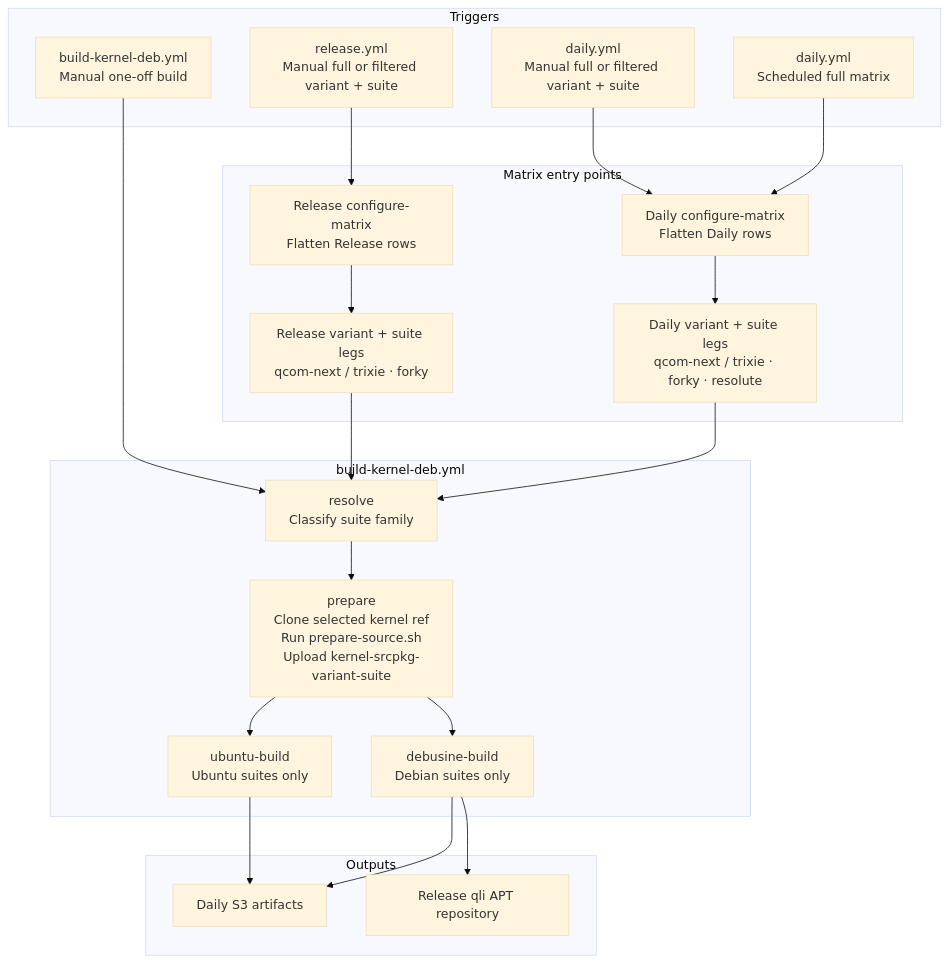
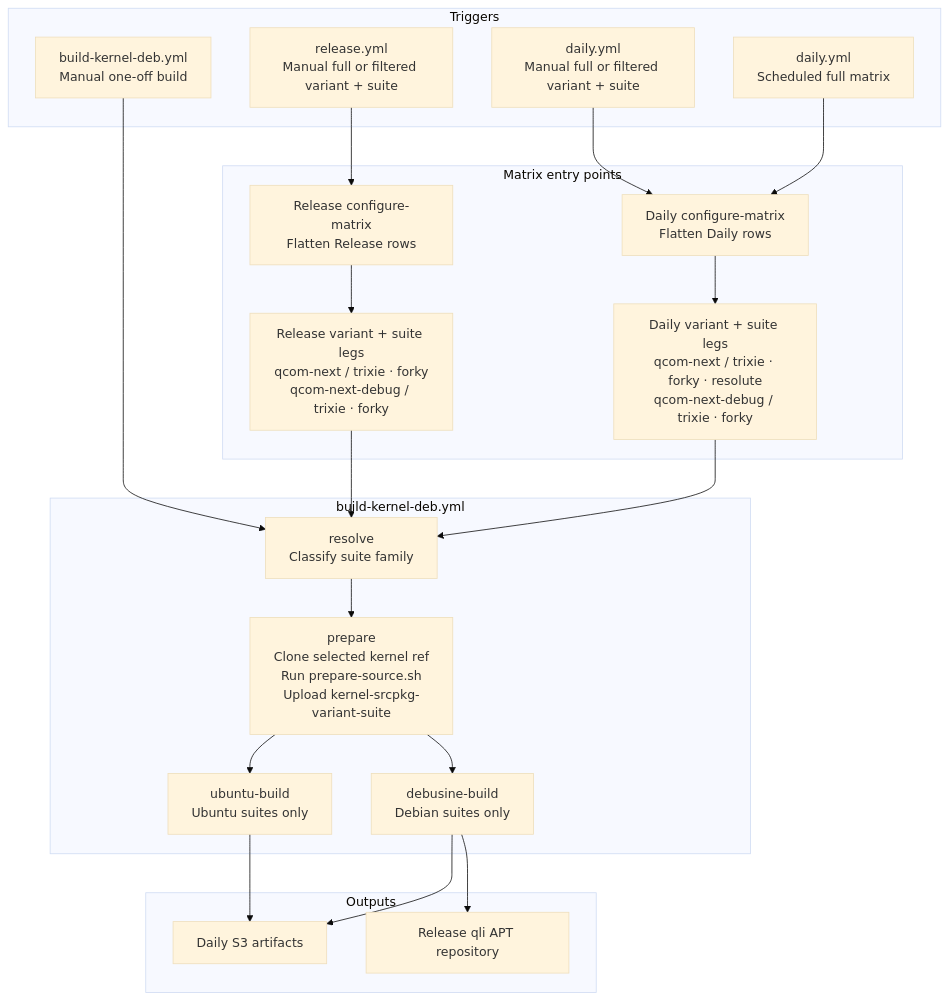
One commit to qualcomm-linux/pkg-linux-qcom changed the second of 6 diagrams in README.md. Above: the diagram before and after it, drawn with Mermaid (base theme). The commit also changed 1 other file, not shown here.

Commit message:
ci: add the qcom-next-debug kernel variant
Adds a debug kernel variant so a debug image can be built alongside the
standard one, as requested in qcom-deb-images#568.

The variant builds the same kernel ref and the same packaging as qcom-next,
adding arch/arm64/configs/qcom_debug.config on top through the intree:
prefix. That fragment ships with the kernel source, so it is referenced
rather than copied into this repository and stays versioned with the kernel
it targets.

  kernel_variant  qcom-next-debug
  srcpkg          linux-qcom-next-debug
  binpkg          linux-image-qcom-next-debug
  suites          trixie, forky (Daily and Release)

The Release row pins the same tag as the qcom-next Release row, so the two
are bumped together.

No workflow changes are needed: daily.yml and release.yml already pass every
matrix field through, and derive-localversion.sh folds the variant name into
LOCALVERSION, so the debug kernel gets a distinct kernel release and a
distinct versioned image package and can be installed alongside the standard
one.

Depends on in-tree fragment support in prepare-source.sh on
qcom/debian/latest, which must land first.

Refs #69.

````diff
--- a/README.md
+++ b/README.md
@@ -243,39 +243,39 @@
 ```mermaid
 flowchart TD
     subgraph triggers[Triggers]
         A1["daily.yml\nScheduled full matrix"]
         A2["daily.yml\nManual full or filtered variant + suite"]
         A3["release.yml\nManual full or filtered variant + suite"]
         A4["build-kernel-deb.yml\nManual one-off build"]
     end
 
     subgraph matrix[Matrix entry points]
         B1["Daily configure-matrix\nFlatten Daily rows"]
-        B2["Daily variant + suite legs\nqcom-next / trixie · forky · resolute"]
+        B2["Daily variant + suite legs\nqcom-next / trixie · forky · resolute\nqcom-next-debug / trixie · forky"]
         B3["Release configure-matrix\nFlatten Release rows"]
-        B4["Release variant + suite legs\nqcom-next / trixie · forky"]
+        B4["Release variant + suite legs\nqcom-next / trixie · forky\nqcom-next-debug / trixie · forky"]
     end
 
     subgraph orchestrator[build-kernel-deb.yml]
         C1["resolve\nClassify suite family"]
         C2["prepare\nClone selected kernel ref\nRun prepare-source.sh\nUpload kernel-srcpkg-variant-suite"]
         C3["debusine-build\nDebian suites only"]
         C4["ubuntu-build\nUbuntu suites only"]
     end
 
     subgraph outputs[Outputs]
         D1["Daily S3 artifacts"]
         D2["Release qli APT repository"]
     end
 
     A1 --> B1
     A2 --> B1
     A3 --> B3
     B1 --> B2 --> C1
     B3 --> B4 --> C1
     A4 --> C1
     C1 --> C2
     C2 --> C3 & C4
     C3 --> D1 & D2
     C4 --> D1
 ```
````
